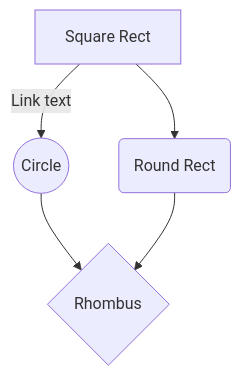
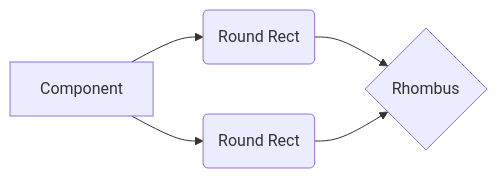
The diagram in Spring/어노테이션 사용.md (ddumin501/myBatis), drawn with Mermaid before and after one commit. The commit also changed other lines of this file, not shown here.

````diff
--- a/Spring/어노테이션 사용.md
+++ b/Spring/어노테이션 사용.md
@@ -135,7 +135,7 @@
 ```mermaid
-graph 
-A[Square Rect] -- Link text --> B((Circle))
+graph LR
+A[Component] --> B(Round Rect)
 A --> C(Round Rect)
 B --> D{Rhombus}
 C --> D
 ```
````
